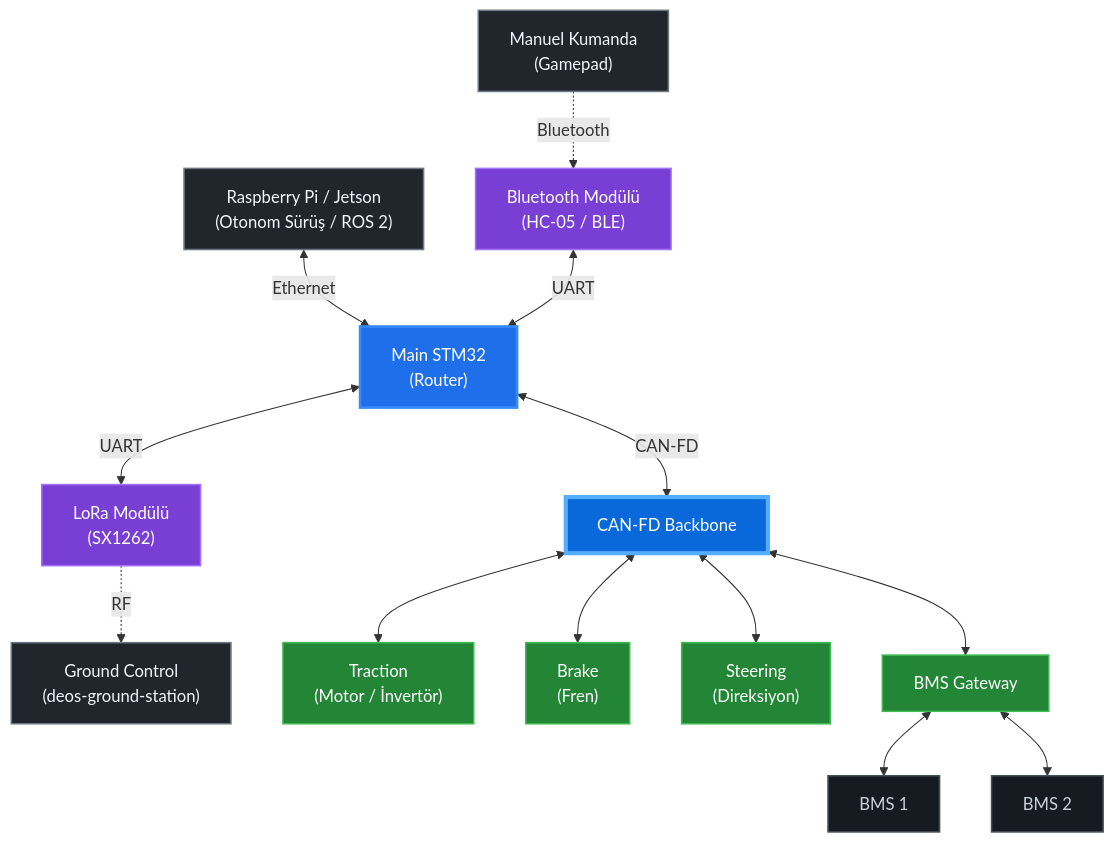
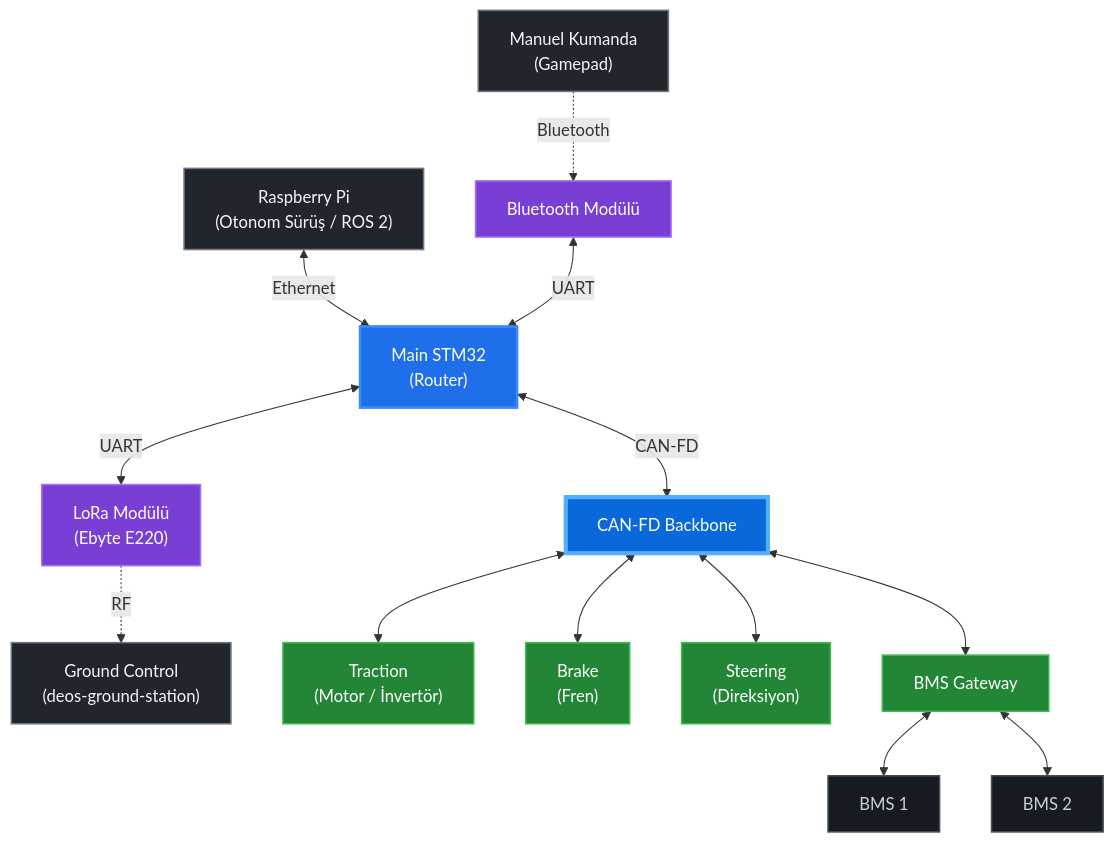
One commit to DEUDEOS-Team/deos-firmware changed the second of 2 diagrams in README.md. Above: the diagram before and after it, drawn with Mermaid. The commit also changed other lines of this file, not shown here.

Commit message:
docs: update architecture with clean node tree, hardware specs and team assignments

````diff
--- a/README.md
+++ b/README.md
@@ -47,40 +38,40 @@
 ```mermaid
 graph TD
     classDef mcu fill:#1f6feb,stroke:#388bfd,stroke-width:2.5px,color:#ffffff;
     classDef host fill:#21262d,stroke:#6e7681,stroke-width:1.5px,color:#f0f6fc;
     classDef rf fill:#793ed4,stroke:#a371f7,stroke-width:1.5px,color:#ffffff;
     classDef can fill:#238636,stroke:#3fb950,stroke-width:1.5px,color:#ffffff;
     classDef bms fill:#161b22,stroke:#484f58,stroke-width:1.5px,color:#c9d1d9;
     classDef bus fill:#0969da,stroke:#54aeff,stroke-width:4px,color:#ffffff;
 
-    RPI["Raspberry Pi / Jetson<br/>(Otonom Sürüş / ROS 2)"]:::host
+    RPI["Raspberry Pi<br/>(Otonom Sürüş / ROS 2)"]:::host
     MAIN["Main STM32<br/>(Router)"]:::mcu
 
     JOY["Manuel Kumanda<br/>(Gamepad)"]:::host
-    BT["Bluetooth Modülü<br/>(HC-05 / BLE)"]:::rf
+    BT["Bluetooth Modülü"]:::rf
 
-    LORA["LoRa Modülü<br/>(SX1262)"]:::rf
+    LORA["LoRa Modülü<br/>(Ebyte E220)"]:::rf
     GCS["Ground Control<br/>(deos-ground-station)"]:::host
 
     RPI <-->|"Ethernet"| MAIN
     JOY -.->|"Bluetooth"| BT
     BT <-->|"UART"| MAIN
     MAIN <-->|"UART"| LORA
     LORA -.->|"RF"| GCS
 
     CAN_BUS["CAN-FD Backbone"]:::bus
     TRACTION["Traction<br/>(Motor / İnvertör)"]:::can
     BRAKE["Brake<br/>(Fren)"]:::can
     STEERING["Steering<br/>(Direksiyon)"]:::can
     BMS_GW["BMS Gateway"]:::can
     BMS1["BMS 1"]:::bms
     BMS2["BMS 2"]:::bms
 
     MAIN <-->|"CAN-FD"| CAN_BUS
     CAN_BUS <--> TRACTION
     CAN_BUS <--> BRAKE
     CAN_BUS <--> STEERING
     CAN_BUS <--> BMS_GW
     BMS_GW <--> BMS1
     BMS_GW <--> BMS2
 ```
````
